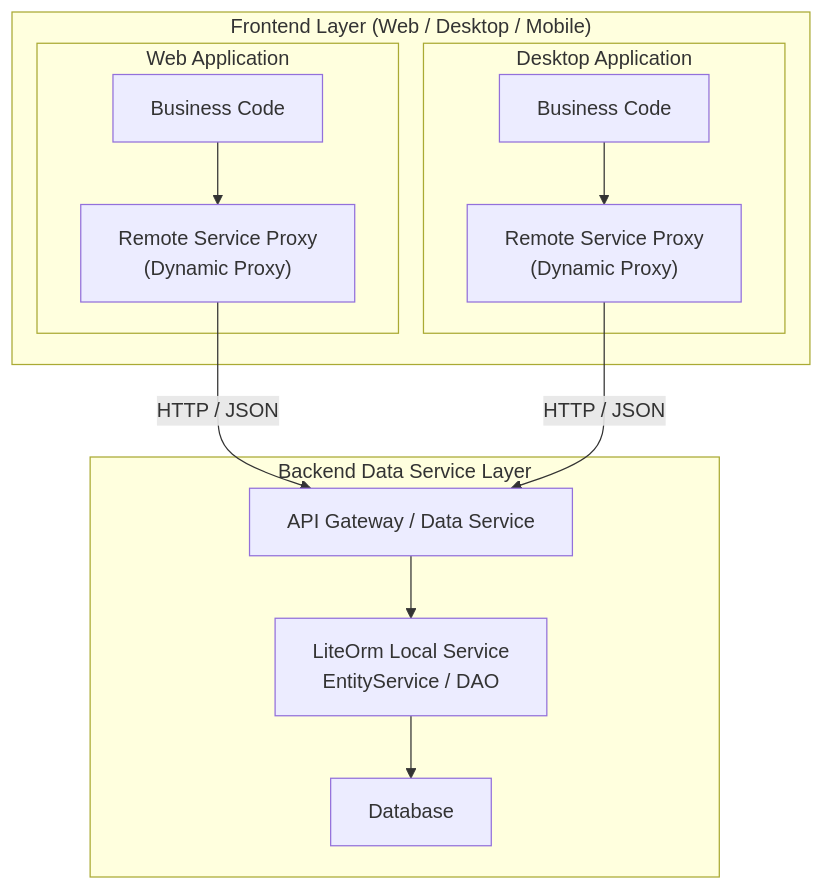
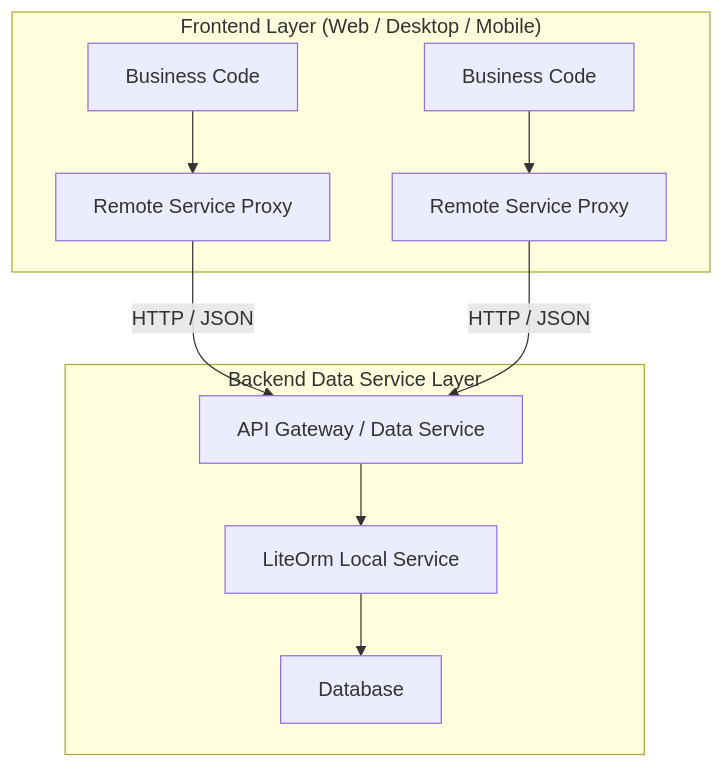
Before and after one commit to danjiewu/LiteOrm: the diagram in docs/03-advanced-topics/09-remote-service.en.md, drawn with Mermaid. The commit also changed other lines of this file and 1 other file, not shown here.

````diff
--- a/docs/03-advanced-topics/09-remote-service.en.md
+++ b/docs/03-advanced-topics/09-remote-service.en.md
@@ -74,23 +17,15 @@
 ```mermaid
 graph TB
     subgraph frontend["Frontend Layer (Web / Desktop / Mobile)"]
-        subgraph clientA["Web Application"]
-            A1["Business Code"]
-            A2["Remote Service Proxy<br/>(Dynamic Proxy)"]
-        end
-        subgraph clientB["Desktop Application"]
-            B1["Business Code"]
-            B2["Remote Service Proxy<br/>(Dynamic Proxy)"]
-        end
+        A1["Business Code"] --> A2["Remote Service Proxy"]
+        B1["Business Code"] --> B2["Remote Service Proxy"]
     end
     subgraph backend["Backend Data Service Layer"]
         C["API Gateway / Data Service"]
-        D["LiteOrm Local Service<br/>EntityService / DAO"]
+        D["LiteOrm Local Service"]
         E["Database"]
     end
-    A1 --> A2
-    B1 --> B2
     A2 -->|HTTP / JSON| C
     B2 -->|HTTP / JSON| C
     C --> D --> E
 ```
````
